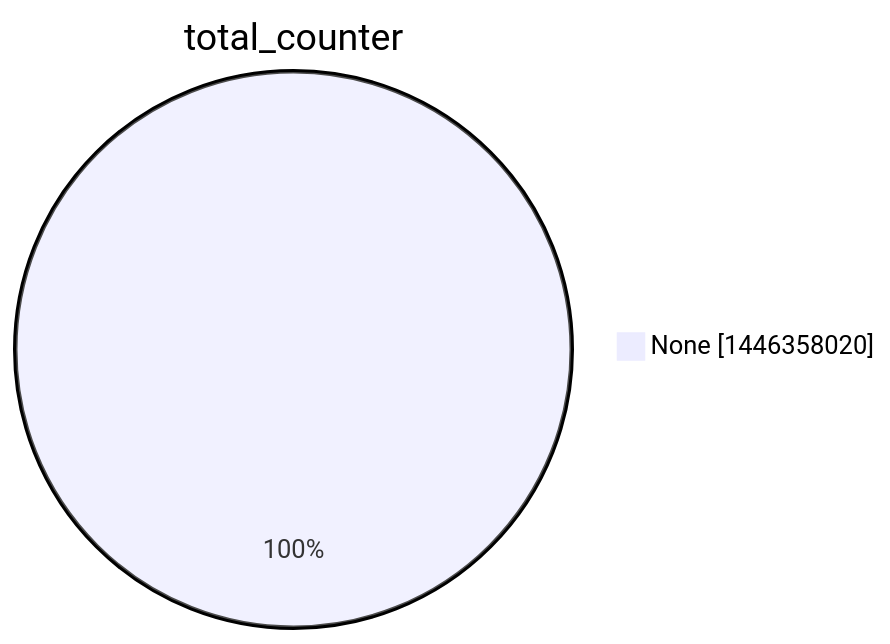
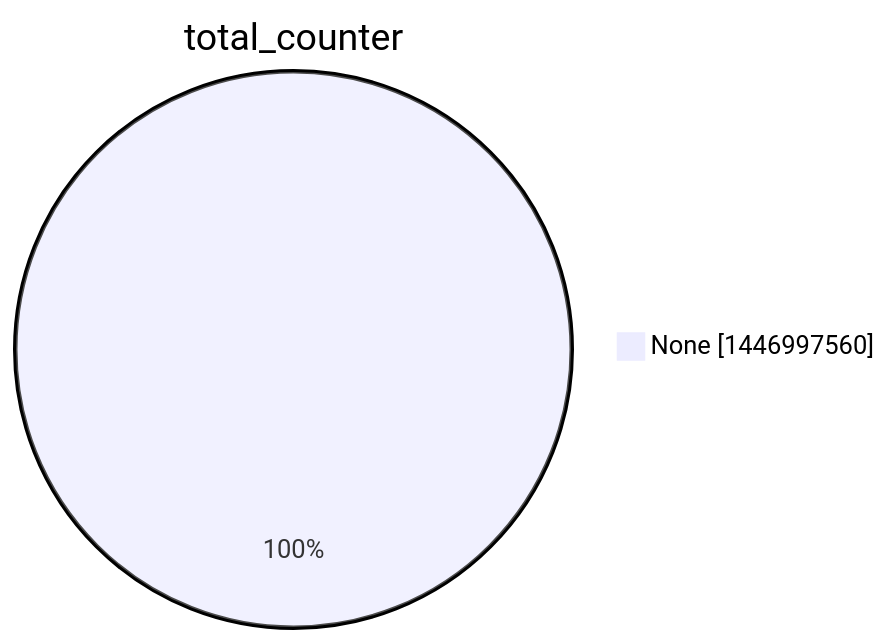
One commit to christiankrug/ctmonitor_visualization changed the second of 15 diagrams in argon2022/README.md. Above: the diagram before and after it, drawn with Mermaid. The commit also changed other lines of this file, not shown here.

````diff
--- a/argon2022/README.md
+++ b/argon2022/README.md
@@ -9,5 +9,5 @@
 ```mermaid
 pie showData
 title total_counter
-"None" :1446358020
+"None" :1446997560
 ```
````
